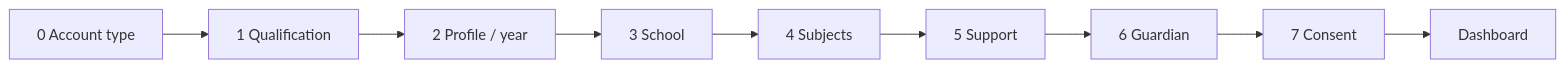
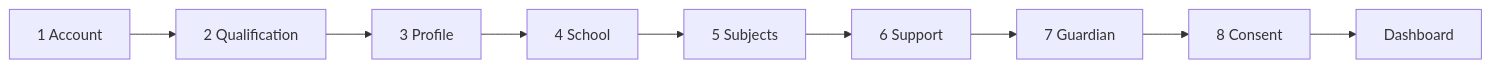
The diagram in docs/SENECA-STYLE-ONBOARDING-MOCKUP.md (tech-fresh/the-switch-platform), drawn with Mermaid before and after one commit. The commit also changed other lines of this file and 14 other files, not shown here.

````diff
--- a/docs/SENECA-STYLE-ONBOARDING-MOCKUP.md
+++ b/docs/SENECA-STYLE-ONBOARDING-MOCKUP.md
@@ -110,11 +156,11 @@
 ```mermaid
 flowchart LR
-  A["0 Account type"] --> B["1 Qualification"]
-  B --> C["2 Profile / year"]
-  C --> D["3 School"]
-  D --> E["4 Subjects"]
-  E --> F["5 Support"]
-  F --> G["6 Guardian"]
-  G --> H["7 Consent"]
+  A["1 Account"] --> B["2 Qualification"]
+  B --> C["3 Profile"]
+  C --> D["4 School"]
+  D --> E["5 Subjects"]
+  E --> F["6 Support"]
+  F --> G["7 Guardian"]
+  G --> H["8 Consent"]
   H --> I["Dashboard"]
 ```
````
